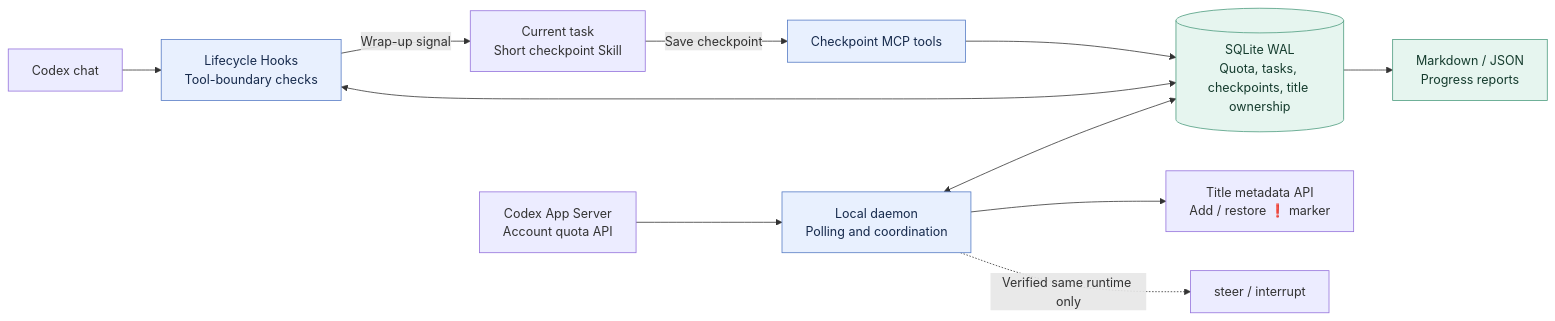
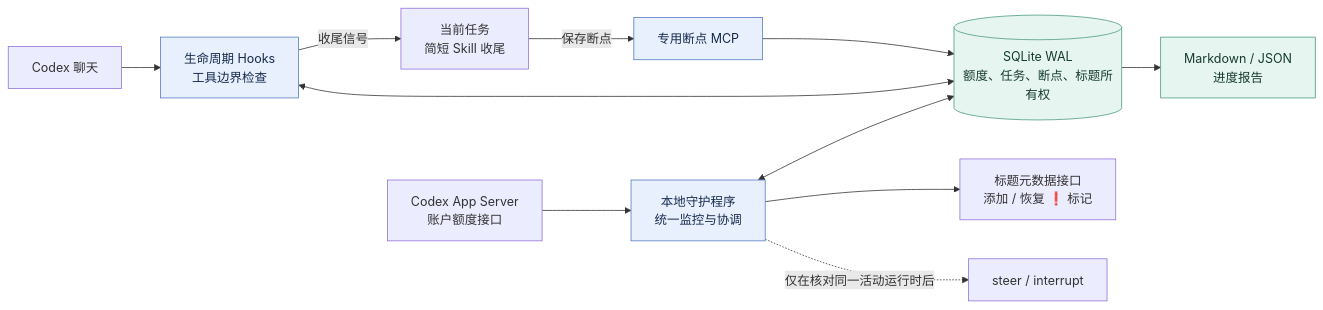
One commit to flyl1u/fly-CodexLimit changed the diagram in README.md. Above: the diagram before and after it, drawn with Mermaid. The commit also changed other lines of this file and 3 other files, not shown here.

````diff
--- a/README.md
+++ b/README.md
@@ -33,17 +21,17 @@
 ```mermaid
 flowchart LR
-    Account["Codex App Server<br/>Account quota API"] --> Daemon["Local daemon<br/>Polling and coordination"]
-    Daemon <--> State[("SQLite WAL<br/>Quota, tasks, checkpoints, title ownership")]
-    Session["Codex chat"] --> Hooks["Lifecycle Hooks<br/>Tool-boundary checks"]
+    Account["Codex App Server<br/>账户额度接口"] --> Daemon["本地守护程序<br/>统一监控与协调"]
+    Daemon <--> State[("SQLite WAL<br/>额度、任务、断点、标题所有权")]
+    Session["Codex 聊天"] --> Hooks["生命周期 Hooks<br/>工具边界检查"]
     Hooks <--> State
-    Hooks -->|Wrap-up signal| Agent["Current task<br/>Short checkpoint Skill"]
-    Agent -->|Save checkpoint| MCP["Checkpoint MCP tools"]
+    Hooks -->|收尾信号| Agent["当前任务<br/>简短 Skill 收尾"]
+    Agent -->|保存断点| MCP["专用断点 MCP"]
     MCP --> State
-    State --> Reports["Markdown / JSON<br/>Progress reports"]
-    Daemon --> Titles["Title metadata API<br/>Add / restore ❗ marker"]
-    Daemon -.->|Verified same runtime only| Control["steer / interrupt"]
+    State --> Reports["Markdown / JSON<br/>进度报告"]
+    Daemon --> Titles["标题元数据接口<br/>添加 / 恢复 ❗ 标记"]
+    Daemon -.->|仅在核对同一活动运行时后| Control["steer / interrupt"]
     classDef service fill:#e8f0fe,stroke:#547ac4,color:#172b4d
     classDef storage fill:#e6f5ef,stroke:#4b9b7e,color:#153c2e
     class Daemon,Hooks,MCP service
     class State,Reports storage
 ```
````
